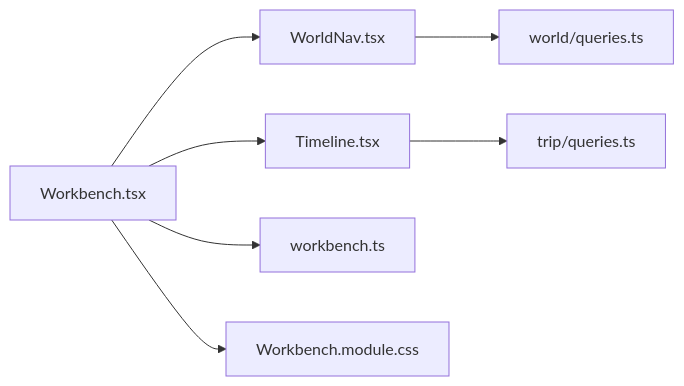
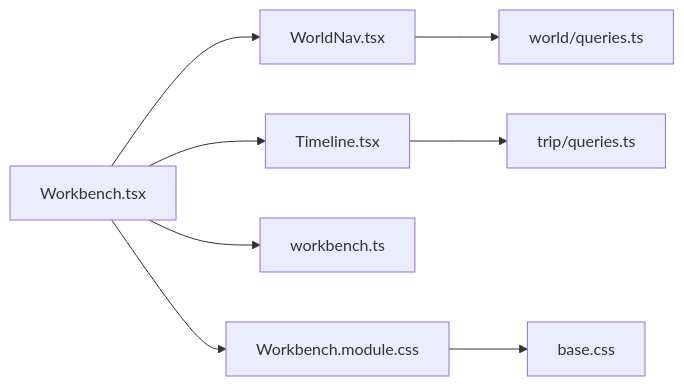
Before and after one commit to huangyilu/wanwuyishi: the seventh of 7 diagrams in .qoder/repowiki/zh/content/核心功能模块/行程管理模块/三栏工作台布局.md, drawn with Mermaid. The commit also changed other lines of this file and 108 other files, not shown here.

````diff
--- a/.qoder/repowiki/zh/content/核心功能模块/行程管理模块/三栏工作台布局.md
+++ b/.qoder/repowiki/zh/content/核心功能模块/行程管理模块/三栏工作台布局.md
@@ -234,9 +271,10 @@
 ```mermaid
 graph LR
 WB["Workbench.tsx"] --> WN["WorldNav.tsx"]
 WB --> TL["Timeline.tsx"]
 WB --> ST["workbench.ts"]
 WN --> WQ["world/queries.ts"]
 TL --> TQ["trip/queries.ts"]
 WB --> CSS["Workbench.module.css"]
+CSS --> BASE["base.css"]
 ```
````
